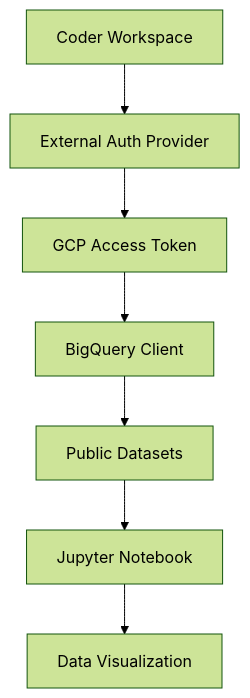
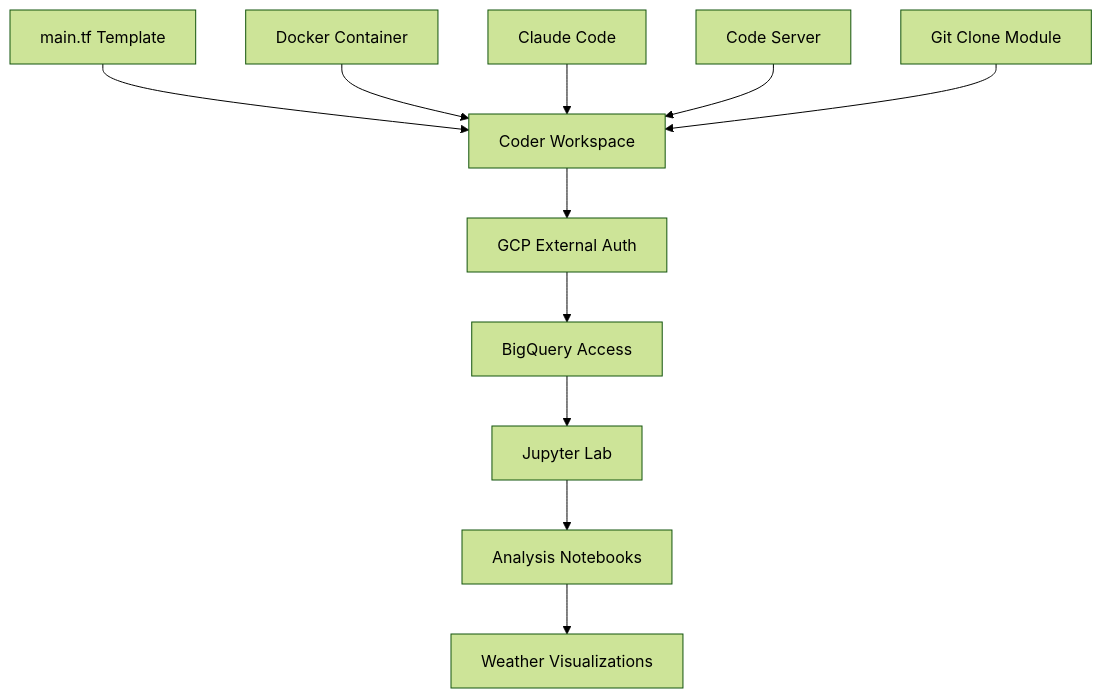
Before and after one commit to coder-contrib/bigquery-jupyter: the diagram in README.md, drawn with Mermaid (forest theme). The commit also changed other lines of this file and 1 other file, not shown here.

````diff
--- a/README.md
+++ b/README.md
@@ -212,9 +242,14 @@
 ```mermaid
 graph TB
-    A[Coder Workspace] --> B[External Auth Provider]
-    B --> C[GCP Access Token]
-    C --> D[BigQuery Client]
-    D --> E[Public Datasets]
-    E --> F[Jupyter Notebook]
-    F --> G[Data Visualization]
+    A[main.tf Template] --> B[Coder Workspace]
+    B --> C[GCP External Auth]
+    C --> D[BigQuery Access]
+    D --> E[Jupyter Lab]
+    E --> F[Analysis Notebooks]
+    F --> G[Weather Visualizations]
+    
+    H[Docker Container] --> B
+    I[Claude Code] --> B
+    J[Code Server] --> B
+    K[Git Clone Module] --> B
 ```
````
